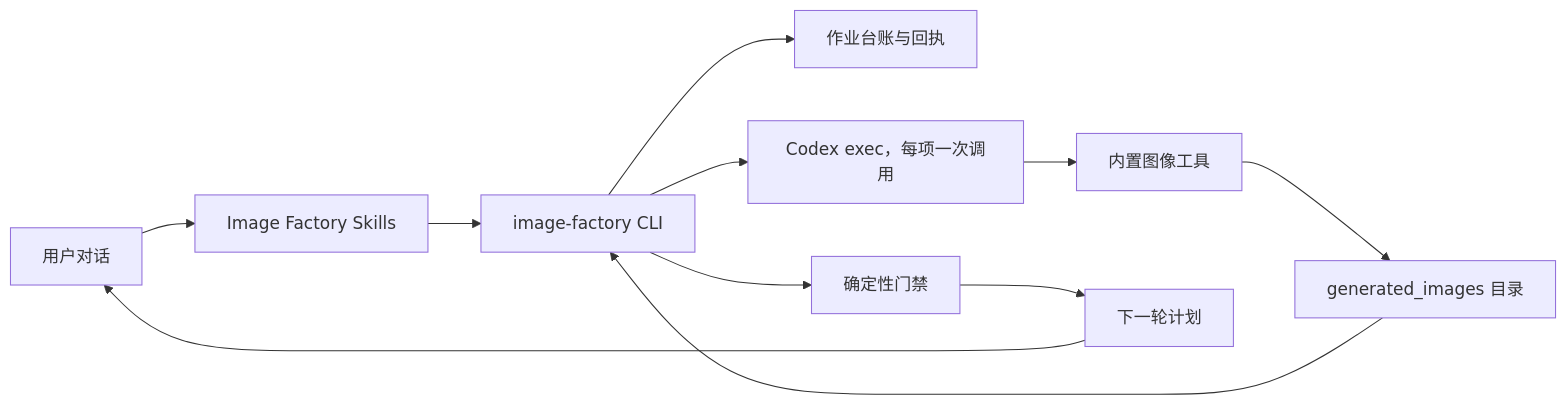
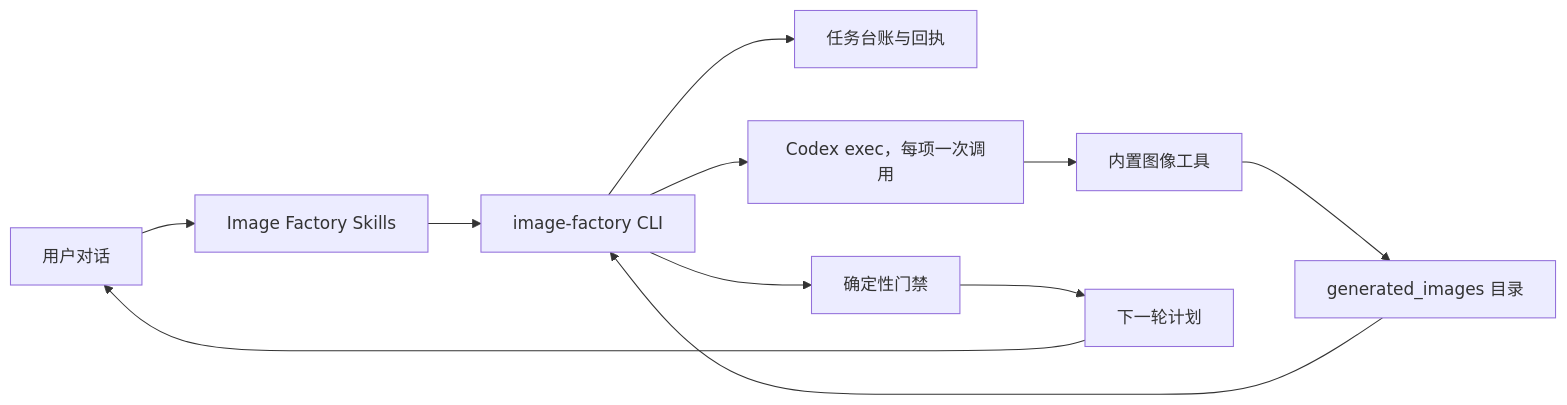
One commit to full-aigc-plugins/image-factory-plugin changed the first of 2 diagrams in docs/Codex-Image-Factory-Plugin-Architecture.zh_CN.md. Above: the diagram before and after it, drawn with Mermaid. The commit also changed other lines of this file and 3 other files, not shown here.

First line of the commit message:
docs: restructure the architecture and solution pairs

````diff
--- a/docs/Codex-Image-Factory-Plugin-Architecture.zh_CN.md
+++ b/docs/Codex-Image-Factory-Plugin-Architecture.zh_CN.md
@@ -21,13 +43,13 @@
 ```mermaid
 flowchart LR
   U[用户对话] --> K[Image Factory Skills]
   K --> C[image-factory CLI]
-  C --> L[作业台账与回执]
+  C --> L[任务台账与回执]
   C --> X[Codex exec，每项一次调用]
   X --> T[内置图像工具]
   T --> G[generated_images 目录]
   G --> C
   C --> E[确定性门禁]
   E --> R[下一轮计划]
   R --> U
 ```
````
